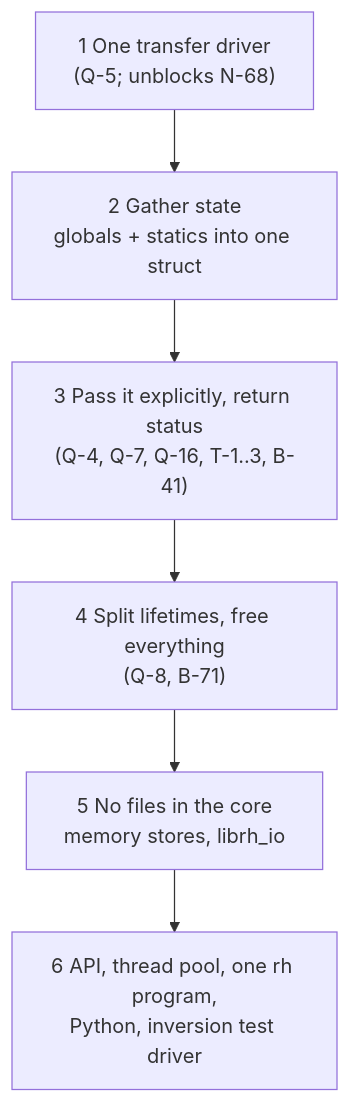
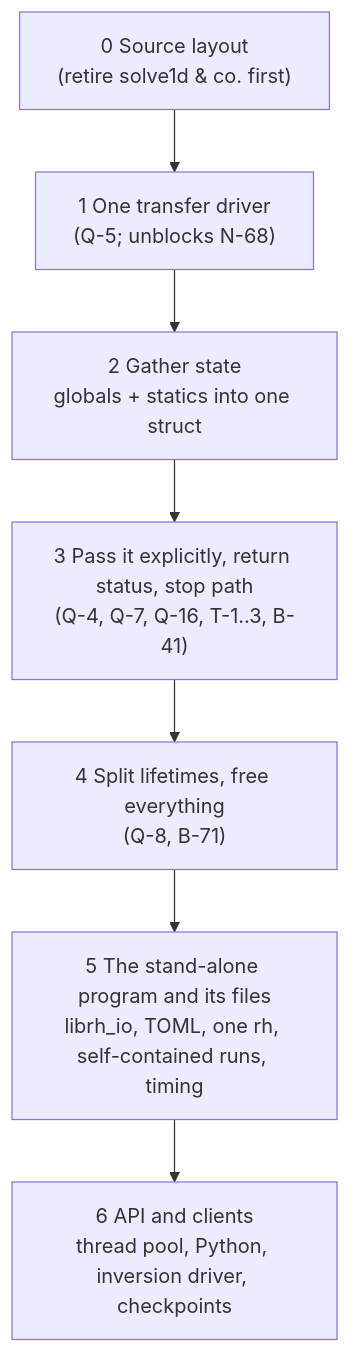
One commit to dwijn/RH changed the fifth of 5 diagrams in docs/LIBRARY.md. Above: the diagram before and after it, drawn with Mermaid. The commit also changed other lines of this file and 1 other file, not shown here.

First line of the commit message:
LIBRARY.md: decisions of 2026-11-24 (branch chrysalis, layout, rh, checkpoints)

````diff
--- a/docs/LIBRARY.md
+++ b/docs/LIBRARY.md
@@ -459,8 +712,9 @@
 ```mermaid
 flowchart TB
-  P1["1 One transfer driver\n(Q-5; unblocks N-68)"] --> P2["2 Gather state\nglobals + statics into one struct"]
-  P2 --> P3["3 Pass it explicitly, return status\n(Q-4, Q-7, Q-16, T-1..3, B-41)"]
+  P0["0 Source layout\n(retire solve1d & co. first)"] --> P1["1 One transfer driver\n(Q-5; unblocks N-68)"]
+  P1 --> P2["2 Gather state\nglobals + statics into one struct"]
+  P2 --> P3["3 Pass it explicitly, return status, stop path\n(Q-4, Q-7, Q-16, T-1..3, B-41)"]
   P3 --> P4["4 Split lifetimes, free everything\n(Q-8, B-71)"]
-  P4 --> P5["5 No files in the core\nmemory stores, librh_io"]
-  P5 --> P6["6 API, thread pool, one rh program,\nPython, inversion test driver"]
+  P4 --> P5["5 The stand-alone program and its files\nlibrh_io, TOML, one rh, self-contained runs, timing"]
+  P5 --> P6["6 API and clients\nthread pool, Python, inversion driver, checkpoints"]
 ```
````
